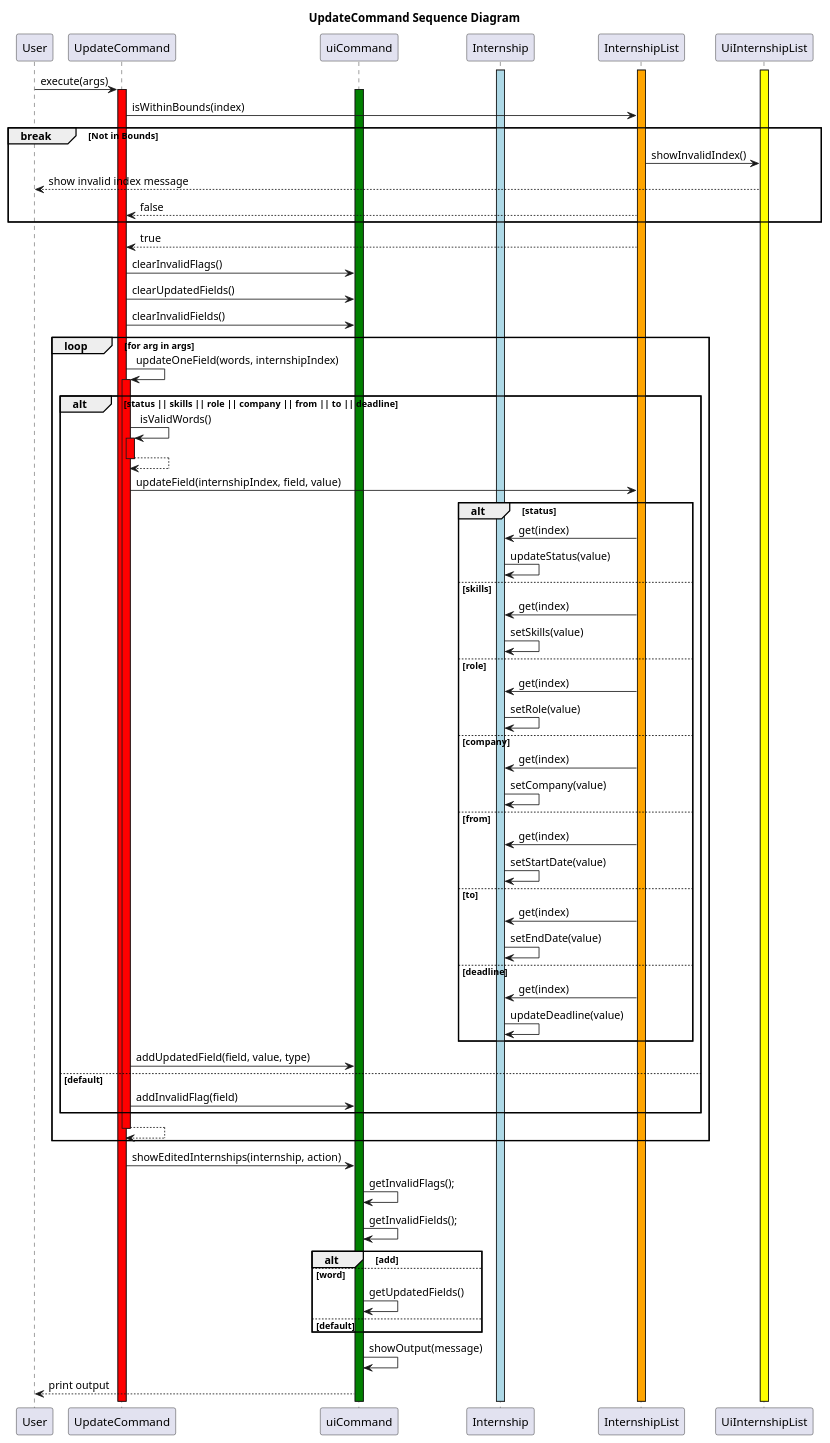
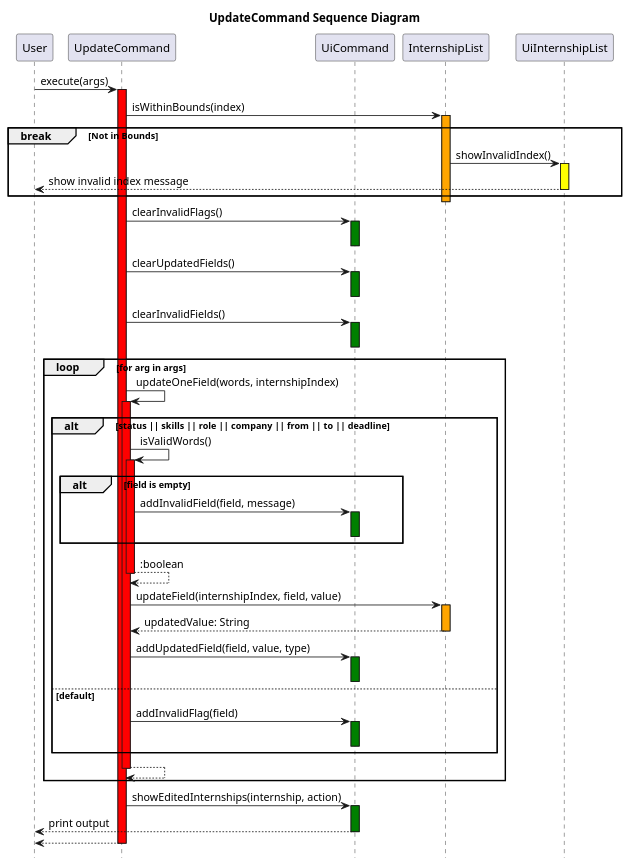
One commit to nus-cs2113-AY2425S1/tp changed the diagram in docs/UML/UpdateCommand.puml. Above: the diagram before and after it, drawn with PlantUML. The commit also changed 2 other files, not shown here.

Commit message:
Edit UpdateCommand Sequence Diagram

```diff
--- a/docs/UML/UpdateCommand.puml
+++ b/docs/UML/UpdateCommand.puml
@@ -1,90 +1,82 @@
 @startuml
 title UpdateCommand Sequence Diagram
+hide footbox
 
 participant User
 participant UpdateCommand
-participant uiCommand
-participant Internship
+participant UiCommand
 participant InternshipList
 participant UiInternshipList
 
-activate InternshipList #orange
-activate UiInternshipList #yellow
-activate Internship #lightblue
-
 User -> UpdateCommand:execute(args)
 activate UpdateCommand #red
-activate uiCommand #green
 
 UpdateCommand -> InternshipList:isWithinBounds(index)
+activate InternshipList #orange
+
 break Not in Bounds
     InternshipList -> UiInternshipList:showInvalidIndex()
+    activate UiInternshipList #yellow
     UiInternshipList --> User:show invalid index message
-    InternshipList --> UpdateCommand: false
+    deactivate UiInternshipList
 end
 
-InternshipList --> UpdateCommand: true
+deactivate InternshipList
 
-UpdateCommand -> uiCommand:clearInvalidFlags()
-UpdateCommand -> uiCommand:clearUpdatedFields()
-UpdateCommand -> uiCommand:clearInvalidFields()
+UpdateCommand -> UiCommand:clearInvalidFlags()
+activate UiCommand #green
+deactivate UiCommand
+
+UpdateCommand -> UiCommand:clearUpdatedFields()
+activate UiCommand #green
+deactivate UiCommand
+
+UpdateCommand -> UiCommand:clearInvalidFields()
+activate UiCommand #green
+deactivate UiCommand
 
 loop for arg in args
     UpdateCommand -> UpdateCommand:updateOneField(words, internshipIndex)
     activate UpdateCommand #red
+
     alt status || skills || role || company || from || to || deadline
         UpdateCommand -> UpdateCommand:isValidWords()
         activate UpdateCommand #red
-        UpdateCommand --> UpdateCommand
+
+        alt field is empty
+            UpdateCommand -> UiCommand:addInvalidField(field, message)
+            activate UiCommand #green
+            deactivate UiCommand
+        end
+
+        UpdateCommand --> UpdateCommand: :boolean
         deactivate UpdateCommand
 
         UpdateCommand -> InternshipList:updateField(internshipIndex, field, value)
-        alt status
-            InternshipList -> Internship:get(index)
-            Internship -> Internship:updateStatus(value)
-        else skills
-            InternshipList -> Internship:get(index)
-            Internship -> Internship:setSkills(value)
-        else role
-            InternshipList -> Internship:get(index)
-            Internship -> Internship:setRole(value)
-        else company
-            InternshipList -> Internship:get(index)
-            Internship -> Internship:setCompany(value)
-        else from
-            InternshipList -> Internship:get(index)
-            Internship -> Internship:setStartDate(value)
-        else to
-            InternshipList -> Internship:get(index)
-            Internship -> Internship:setEndDate(value)
-        else deadline
-            InternshipList -> Internship:get(index)
-            Internship -> Internship:updateDeadline(value)
-        end
+        activate InternshipList #orange
+        InternshipList --> UpdateCommand:updatedValue: String
+        deactivate InternshipList
 
-        UpdateCommand -> uiCommand:addUpdatedField(field, value, type)
+        UpdateCommand -> UiCommand:addUpdatedField(field, value, type)
+        activate UiCommand #green
+        deactivate UiCommand
     else default
-        UpdateCommand -> uiCommand:addInvalidFlag(field)
+        UpdateCommand -> UiCommand:addInvalidFlag(field)
+        activate UiCommand #green
+        deactivate UiCommand
     end
+
     UpdateCommand --> UpdateCommand
     deactivate UpdateCommand
-end
-
-UpdateCommand -> uiCommand:showEditedInternships(internship, action)
-
-uiCommand -> uiCommand:getInvalidFlags();
-uiCommand -> uiCommand:getInvalidFields();
-
-alt add
-
-else word
-    uiCommand -> uiCommand:getUpdatedFields()
-
-else default
 
 end
 
-uiCommand -> uiCommand:showOutput(message)
-uiCommand --> User:print output
+UpdateCommand -> UiCommand:showEditedInternships(internship, action)
+activate UiCommand #green
+UiCommand --> User:print output
+deactivate UiCommand
+
+UpdateCommand --> User
+deactivate UpdateCommand
 
 @enduml
```
